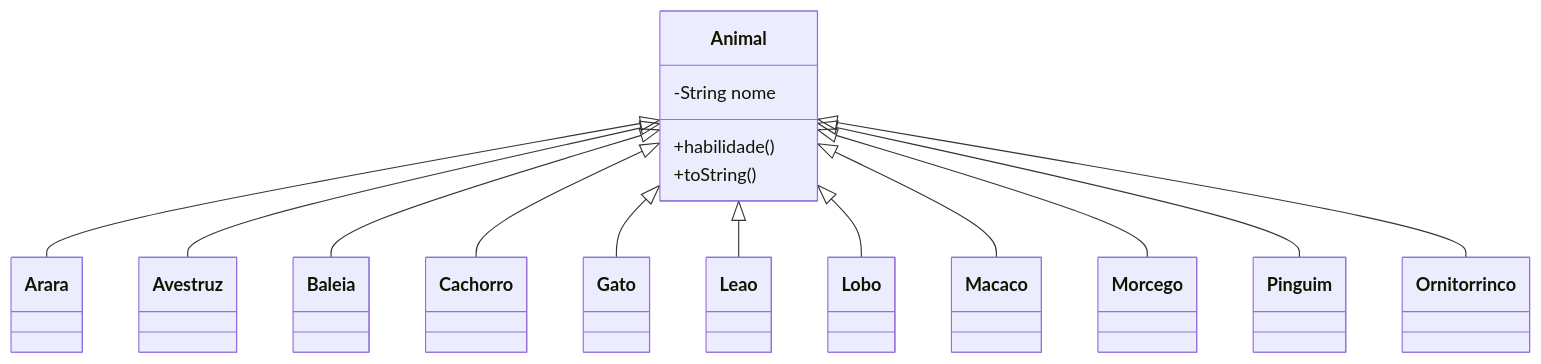
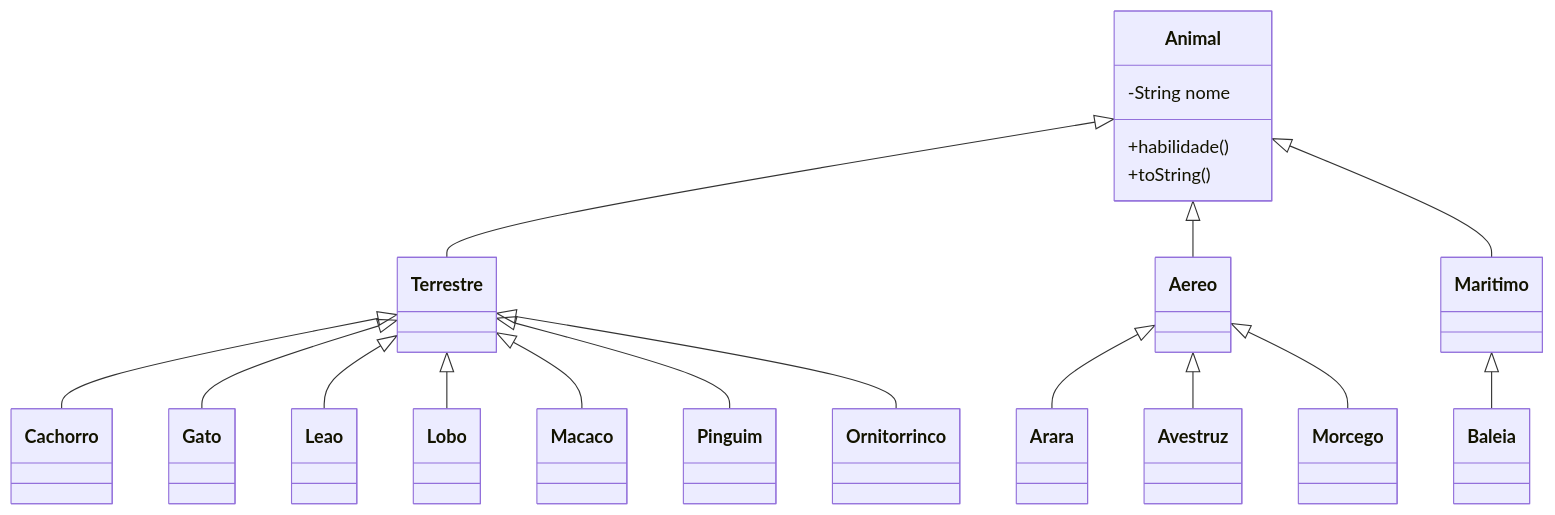
Before and after one commit to ArthurOReis/classe-abstrata-interface-e-polimorfismo: the diagram in README.md, drawn with Mermaid.

Commit message:
Inserindo tipos de animais no diagrama

````diff
--- a/README.md
+++ b/README.md
@@ -1,50 +1,55 @@
 ```mermaid
 classDiagram
-    Animal <|-- Arara
-    Animal <|-- Avestruz
-    Animal <|-- Baleia
-    Animal <|-- Cachorro
-    Animal <|-- Gato
-    Animal <|-- Leao
-    Animal <|-- Lobo
-    Animal <|-- Macaco
-    Animal <|-- Morcego
-    Animal <|-- Pinguim
-    Animal <|-- Ornitorrinco
+    Aereo <|-- Arara
+    Aereo <|-- Avestruz
+    Maritimo <|-- Baleia
+    Terrestre <|-- Cachorro
+    Terrestre <|-- Gato
+    Terrestre <|-- Leao
+    Terrestre <|-- Lobo
+    Terrestre <|-- Macaco
+    Aereo <|-- Morcego
+    Terrestre <|-- Pinguim
+    Terrestre <|-- Ornitorrinco
+
+    Animal <|-- Terrestre
+    Animal <|-- Aereo
+    Animal <|-- Maritimo
+
     Animal : -String nome
     Animal: +habilidade()
     Animal: +toString()
     class Arara{
         
     }
     class Avestruz{
         
     }
     class Baleia{
 
     }
     class Cachorro{
 
     }
     class Gato{
 
     }
     class Leao{
 
     }
     class Lobo{
 
     }
     class Macaco{
 
     }
     class Morcego{
 
     }
     class Pinguim{
 
     }
     class Ornitorrinco{
 
     }
 ```
````
